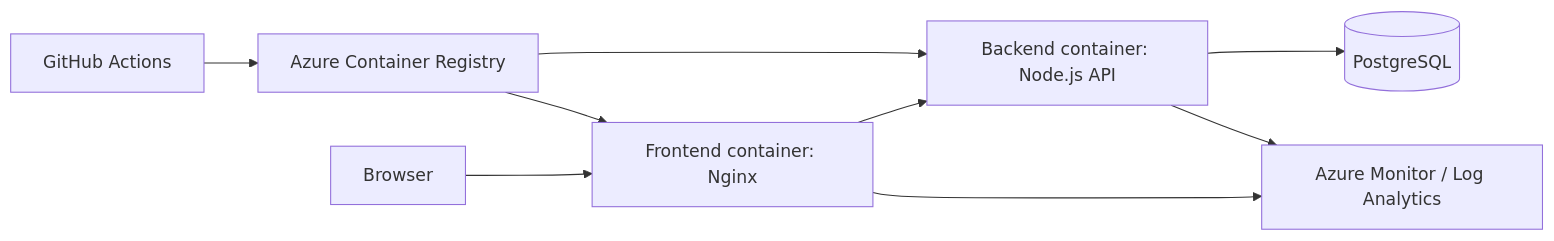
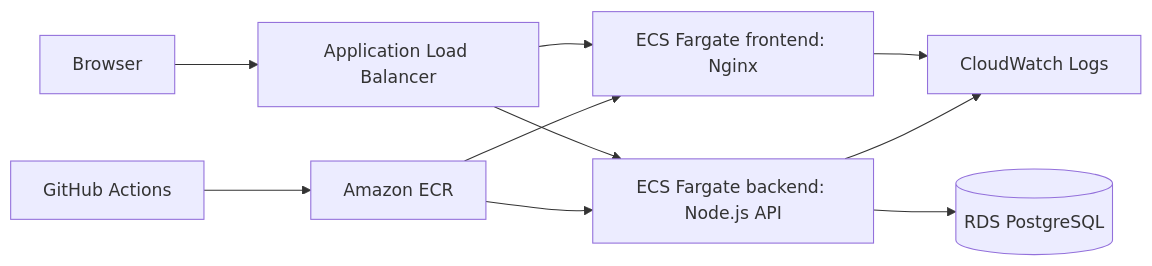
The diagram in README.md (firasboudhraa/exercice-azure), drawn with Mermaid before and after one commit. The commit also changed other lines of this file and 14 other files, not shown here.

````diff
--- a/README.md
+++ b/README.md
@@ -7,11 +7,12 @@
 ```mermaid
 flowchart LR
-  B[Browser] --> F[Frontend container: Nginx]
-  F --> A[Backend container: Node.js API]
-  A --> P[(PostgreSQL)]
-  F --> M[Azure Monitor / Log Analytics]
-  A --> M
-  G[GitHub Actions] --> R[Azure Container Registry]
+  B[Browser] --> L[Application Load Balancer]
+  L --> F[ECS Fargate frontend: Nginx]
+  L --> A[ECS Fargate backend: Node.js API]
+  A --> P[(RDS PostgreSQL)]
+  F --> W[CloudWatch Logs]
+  A --> W
+  G[GitHub Actions] --> R[Amazon ECR]
   R --> F
   R --> A
 ```
````
